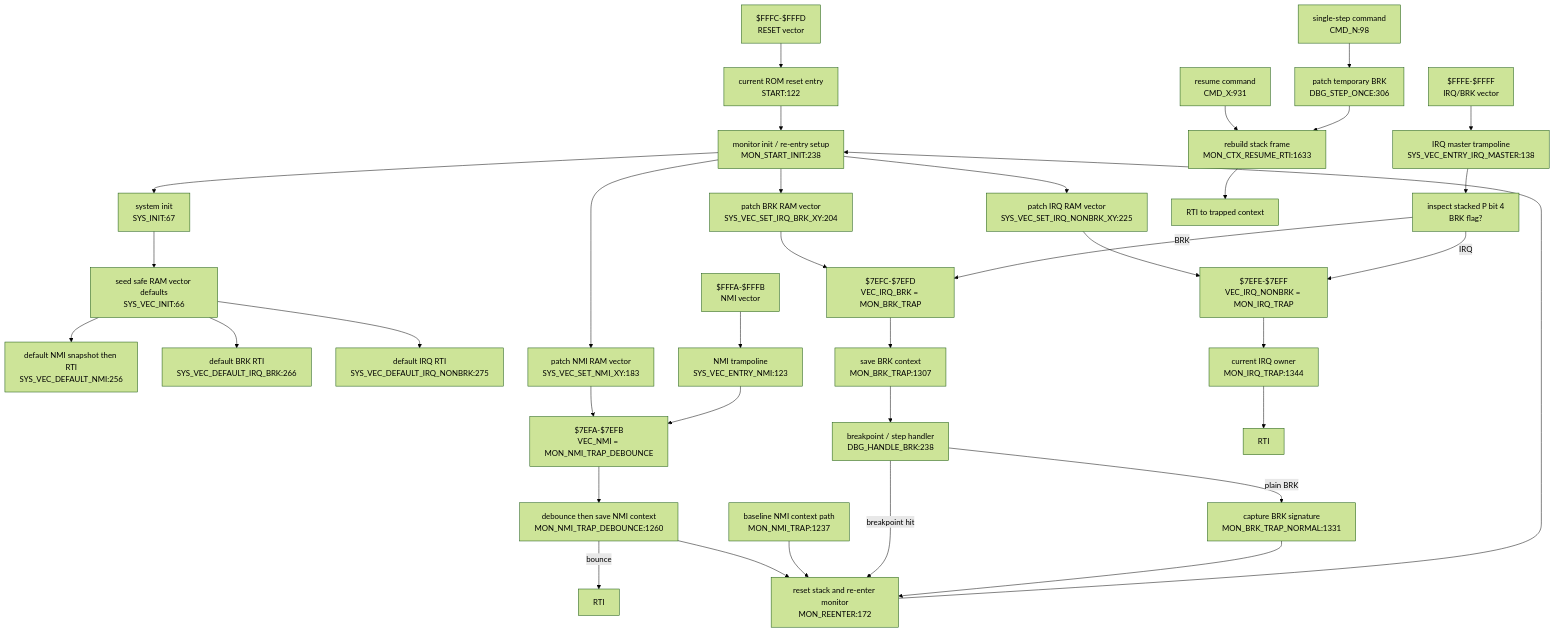
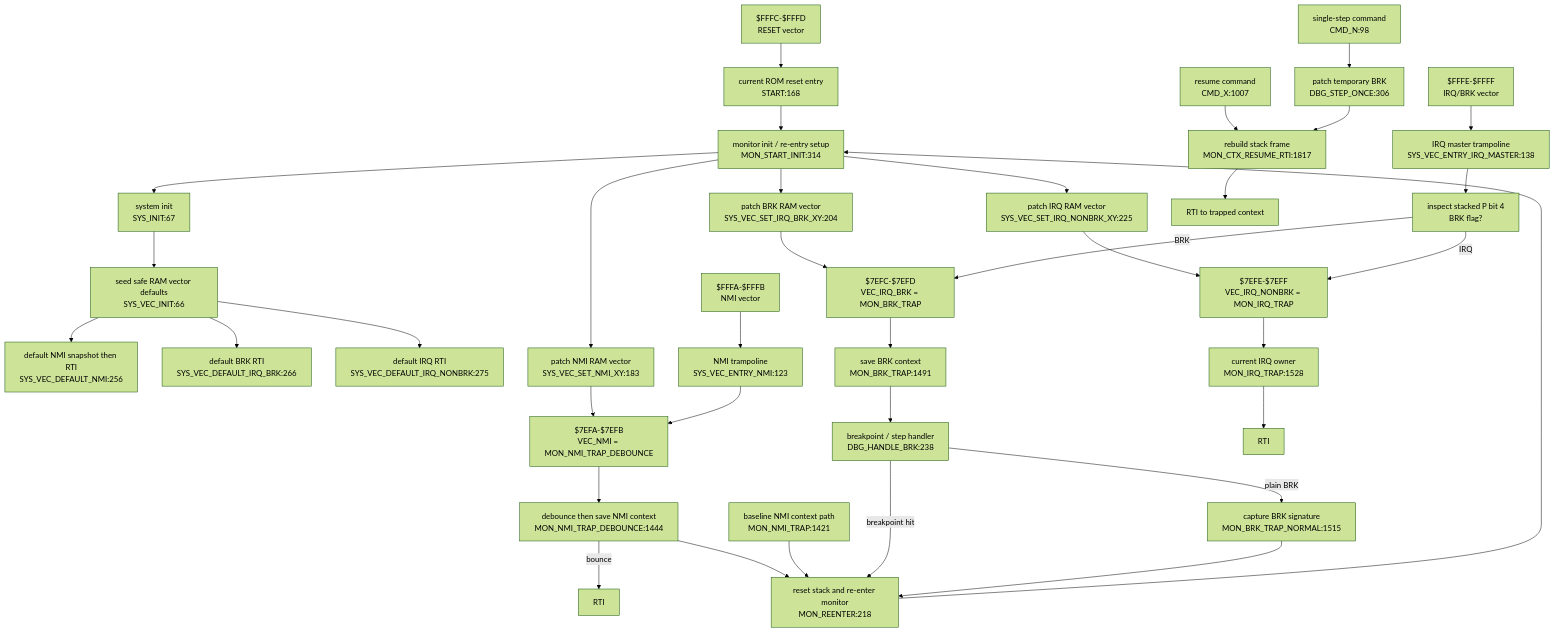
One commit to 95westus/R-YORS changed the diagram in DOC/GENERATED/INTERRUPT_VECTOR_MAP.md. Above: the diagram before and after it, drawn with Mermaid (forest theme). The commit also changed other lines of this file and 49 other files, not shown here.

````diff
--- a/DOC/GENERATED/INTERRUPT_VECTOR_MAP.md
+++ b/DOC/GENERATED/INTERRUPT_VECTOR_MAP.md
@@ -25,42 +25,42 @@
 ```mermaid
 flowchart TD
-    RESETV["$FFFC-$FFFD<br/>RESET vector"] --> STARTN["current ROM reset entry<br/>START:122"]
-    STARTN --> INIT["monitor init / re-entry setup<br/>MON_START_INIT:238"]
+    RESETV["$FFFC-$FFFD<br/>RESET vector"] --> STARTN["current ROM reset entry<br/>START:168"]
+    STARTN --> INIT["monitor init / re-entry setup<br/>MON_START_INIT:314"]
     INIT --> SYSINIT["system init<br/>SYS_INIT:67"]
     SYSINIT --> VECINIT["seed safe RAM vector defaults<br/>SYS_VEC_INIT:66"]
     VECINIT --> DEFNMI["default NMI snapshot then RTI<br/>SYS_VEC_DEFAULT_NMI:256"]
     VECINIT --> DEFBRK["default BRK RTI<br/>SYS_VEC_DEFAULT_IRQ_BRK:266"]
     VECINIT --> DEFIRQ["default IRQ RTI<br/>SYS_VEC_DEFAULT_IRQ_NONBRK:275"]
 
     INIT --> SETNMI["patch NMI RAM vector<br/>SYS_VEC_SET_NMI_XY:183"]
     INIT --> SETBRK["patch BRK RAM vector<br/>SYS_VEC_SET_IRQ_BRK_XY:204"]
     INIT --> SETIRQ["patch IRQ RAM vector<br/>SYS_VEC_SET_IRQ_NONBRK_XY:225"]
     SETNMI --> VECNMI["$7EFA-$7EFB<br/>VEC_NMI = MON_NMI_TRAP_DEBOUNCE"]
     SETBRK --> VECBRK["$7EFC-$7EFD<br/>VEC_IRQ_BRK = MON_BRK_TRAP"]
     SETIRQ --> VECIRQ["$7EFE-$7EFF<br/>VEC_IRQ_NONBRK = MON_IRQ_TRAP"]
 
     NMIV["$FFFA-$FFFB<br/>NMI vector"] --> NMIENTRY["NMI trampoline<br/>SYS_VEC_ENTRY_NMI:123"]
     NMIENTRY --> VECNMI
-    VECNMI --> NMITRAP["debounce then save NMI context<br/>MON_NMI_TRAP_DEBOUNCE:1260"]
+    VECNMI --> NMITRAP["debounce then save NMI context<br/>MON_NMI_TRAP_DEBOUNCE:1444"]
     NMITRAP -->|bounce| RTINMI["RTI"]
-    NMITRAP --> REENTER["reset stack and re-enter monitor<br/>MON_REENTER:172"]
-    NMIBASE["baseline NMI context path<br/>MON_NMI_TRAP:1237"] --> REENTER
+    NMITRAP --> REENTER["reset stack and re-enter monitor<br/>MON_REENTER:218"]
+    NMIBASE["baseline NMI context path<br/>MON_NMI_TRAP:1421"] --> REENTER
     REENTER --> INIT
 
     IRQV["$FFFE-$FFFF<br/>IRQ/BRK vector"] --> IRQMASTER["IRQ master trampoline<br/>SYS_VEC_ENTRY_IRQ_MASTER:138"]
     IRQMASTER --> SPLIT["inspect stacked P bit 4<br/>BRK flag?"]
     SPLIT -->|BRK| VECBRK
     SPLIT -->|IRQ| VECIRQ
-    VECBRK --> BRKTRAP["save BRK context<br/>MON_BRK_TRAP:1307"]
+    VECBRK --> BRKTRAP["save BRK context<br/>MON_BRK_TRAP:1491"]
     BRKTRAP --> DBGBRK["breakpoint / step handler<br/>DBG_HANDLE_BRK:238"]
     DBGBRK -->|breakpoint hit| REENTER
-    DBGBRK -->|plain BRK| BRKNORMAL["capture BRK signature<br/>MON_BRK_TRAP_NORMAL:1331"]
+    DBGBRK -->|plain BRK| BRKNORMAL["capture BRK signature<br/>MON_BRK_TRAP_NORMAL:1515"]
     BRKNORMAL --> REENTER
-    VECIRQ --> IRQTRAP["current IRQ owner<br/>MON_IRQ_TRAP:1344"]
+    VECIRQ --> IRQTRAP["current IRQ owner<br/>MON_IRQ_TRAP:1528"]
     IRQTRAP --> RTIIRQ["RTI"]
 
-    CMDX["resume command<br/>CMD_X:931"] --> RESUME["rebuild stack frame<br/>MON_CTX_RESUME_RTI:1633"]
+    CMDX["resume command<br/>CMD_X:1007"] --> RESUME["rebuild stack frame<br/>MON_CTX_RESUME_RTI:1817"]
     CMDN["single-step command<br/>CMD_N:98"] --> STEP["patch temporary BRK<br/>DBG_STEP_ONCE:306"]
     STEP --> RESUME
     RESUME --> RTIRES["RTI to trapped context"]
 ```
````
